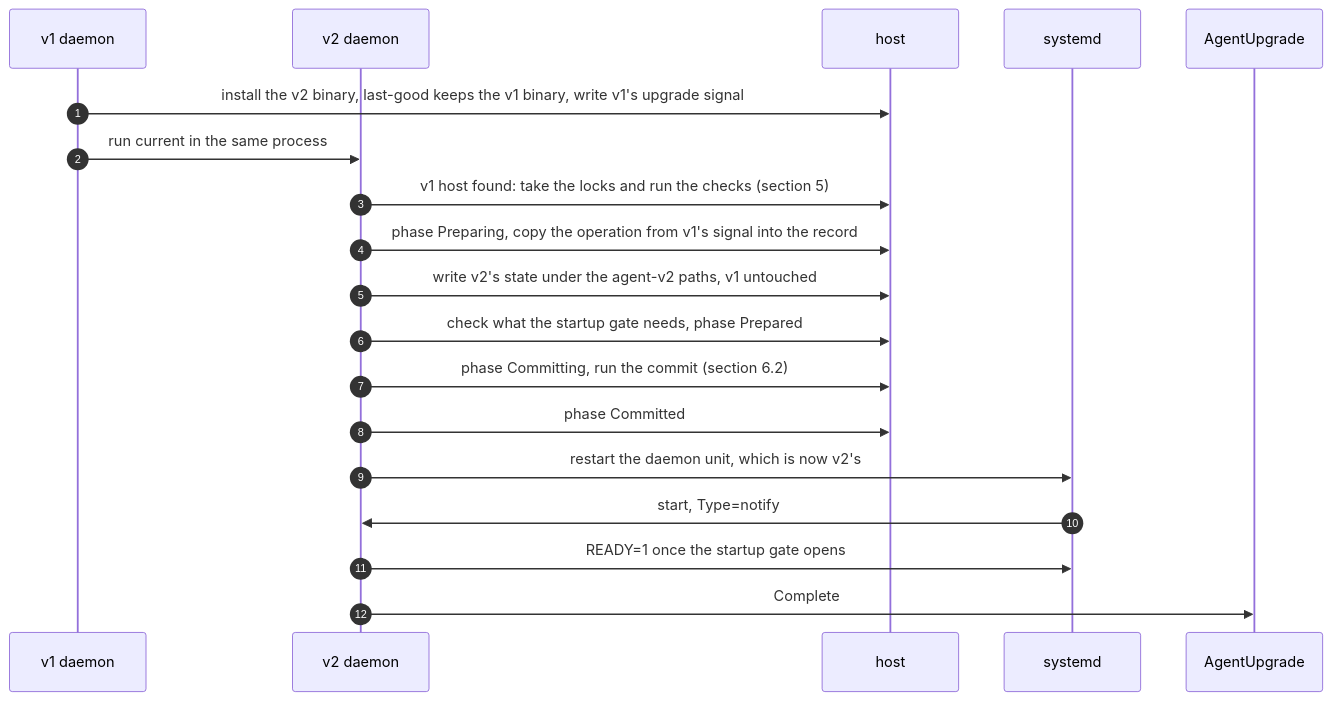
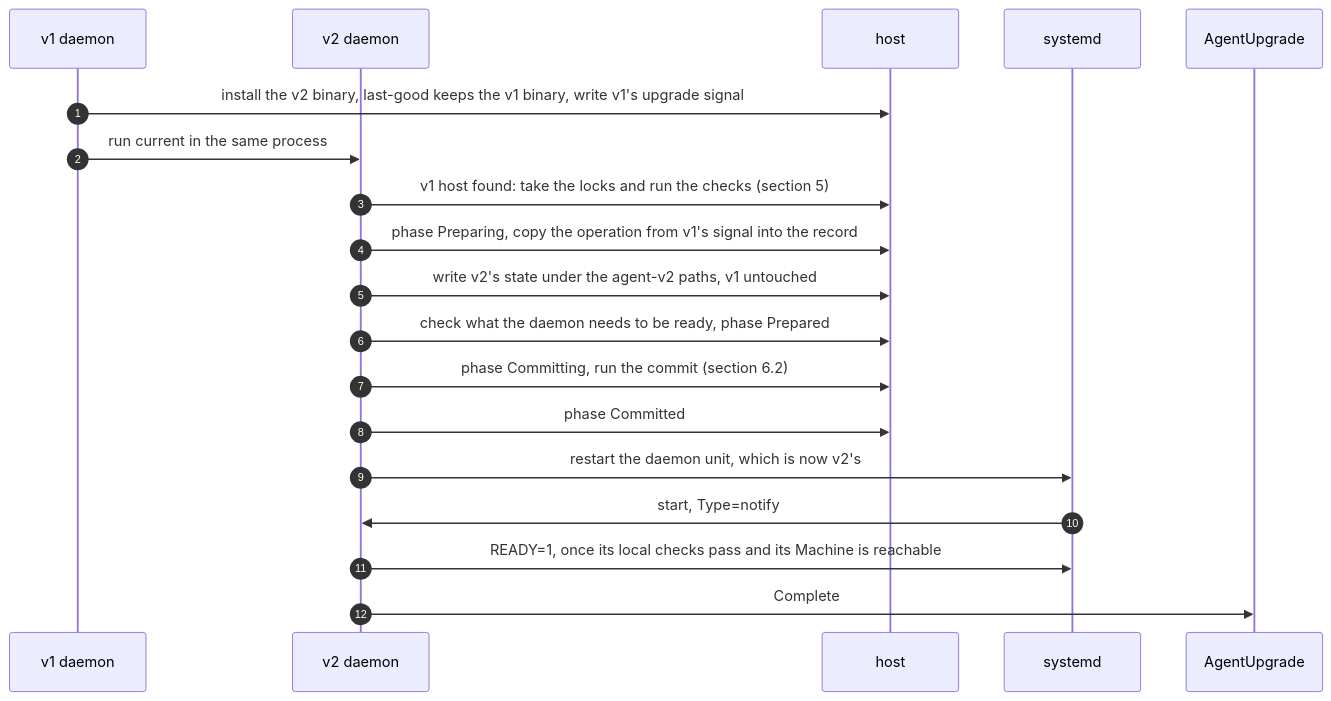
The first of 5 diagrams in designs/agent-v2/10-migration-from-v1.md (Azure/unbounded), drawn with Mermaid before and after one commit. The commit also changed other lines of this file and 8 other files, not shown here.

````diff
--- a/designs/agent-v2/10-migration-from-v1.md
+++ b/designs/agent-v2/10-migration-from-v1.md
@@ -108,21 +120,21 @@
 ```mermaid
 sequenceDiagram
   autonumber
   participant D1 as v1 daemon
   participant D2 as v2 daemon
   participant H as host
   participant SD as systemd
   participant MO as AgentUpgrade
   D1->>H: install the v2 binary, last-good keeps the v1 binary, write v1's upgrade signal
   D1->>D2: run current in the same process
   D2->>H: v1 host found: take the locks and run the checks (section 5)
   D2->>H: phase Preparing, copy the operation from v1's signal into the record
   D2->>H: write v2's state under the agent-v2 paths, v1 untouched
-  D2->>H: check what the startup gate needs, phase Prepared
+  D2->>H: check what the daemon needs to be ready, phase Prepared
   D2->>H: phase Committing, run the commit (section 6.2)
   D2->>H: phase Committed
   D2->>SD: restart the daemon unit, which is now v2's
   SD->>D2: start, Type=notify
-  D2->>SD: READY=1 once the startup gate opens
+  D2->>SD: READY=1, once its local checks pass and its Machine is reachable
   D2->>MO: Complete
 ```
````
